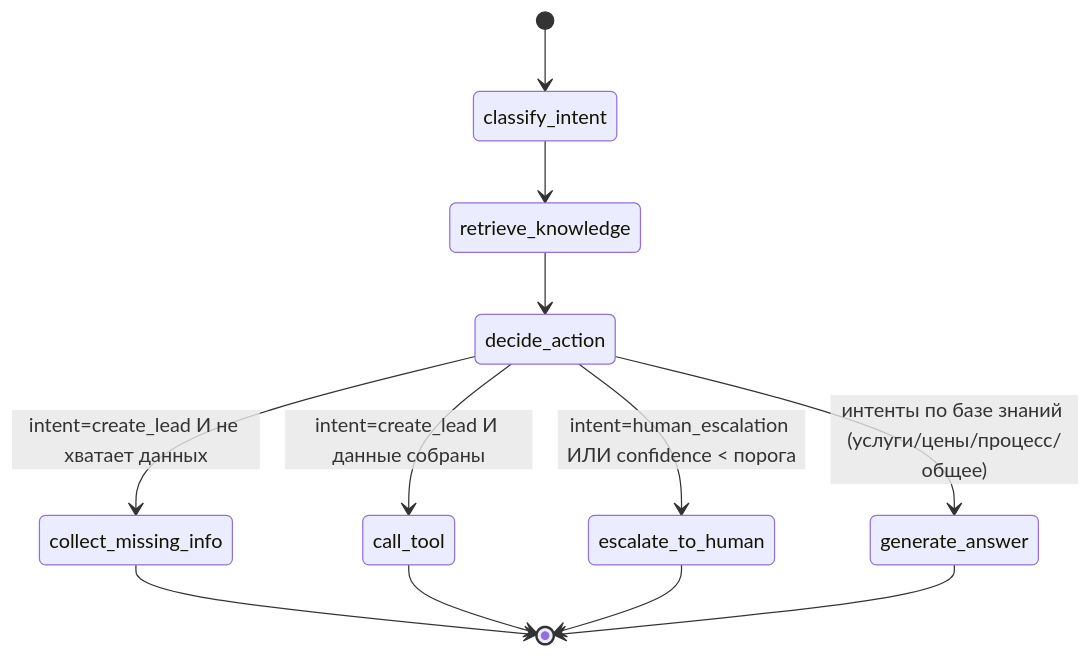
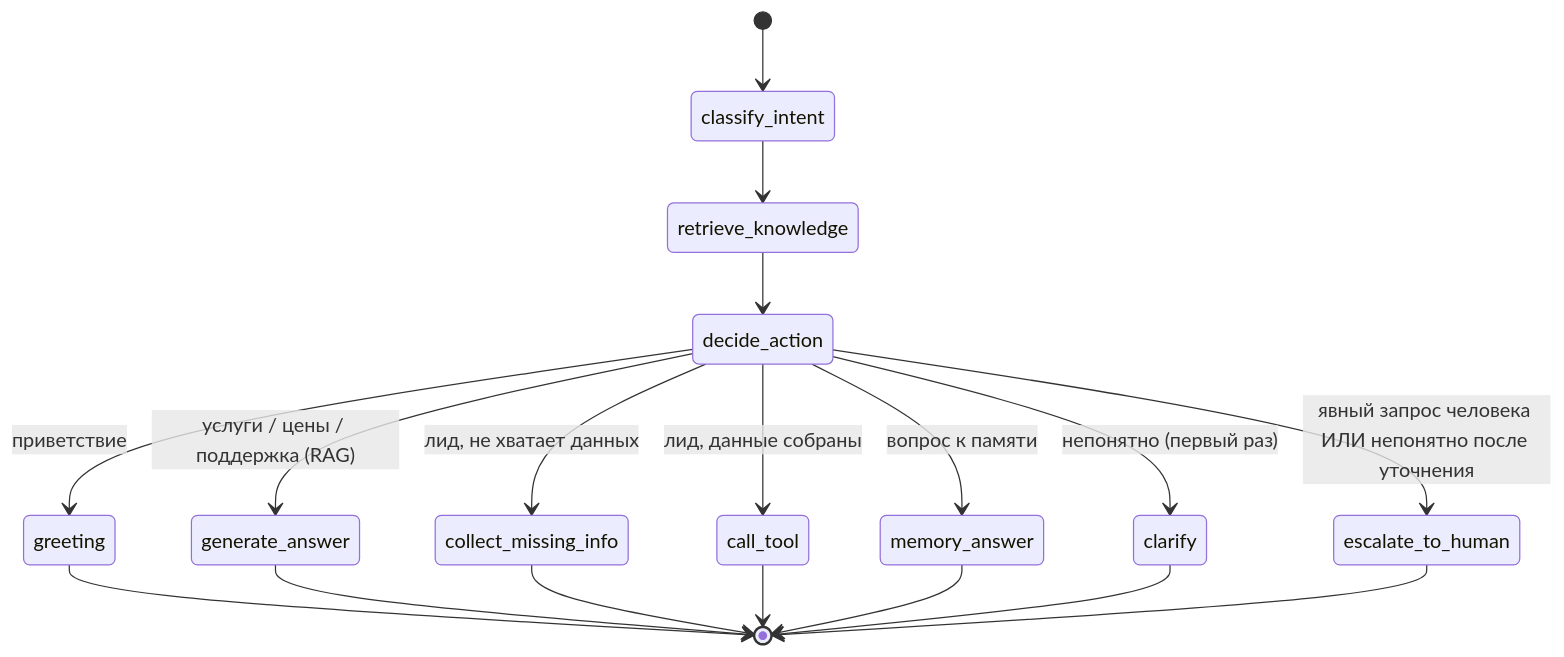
One commit to HullyMully/ai-marketing-agent-rag-langgraph changed the diagram in docs/langgraph-flow.ru.md. Above: the diagram before and after it, drawn with Mermaid. The commit also changed other lines of this file and 25 other files, not shown here.

Commit message:
Improve real agent conversation flow

````diff
--- a/docs/langgraph-flow.ru.md
+++ b/docs/langgraph-flow.ru.md
@@ -8,14 +8,20 @@
 ```mermaid
 stateDiagram-v2
     [*] --> classify_intent
     classify_intent --> retrieve_knowledge
     retrieve_knowledge --> decide_action
-    decide_action --> escalate_to_human: intent=human_escalation ИЛИ confidence < порога
-    decide_action --> collect_missing_info: intent=create_lead И не хватает данных
-    decide_action --> call_tool: intent=create_lead И данные собраны
-    decide_action --> generate_answer: интенты по базе знаний (услуги/цены/процесс/общее)
+    decide_action --> greeting: приветствие
+    decide_action --> generate_answer: услуги / цены / поддержка (RAG)
+    decide_action --> collect_missing_info: лид, не хватает данных
+    decide_action --> call_tool: лид, данные собраны
+    decide_action --> memory_answer: вопрос к памяти
+    decide_action --> clarify: непонятно (первый раз)
+    decide_action --> escalate_to_human: явный запрос человека ИЛИ непонятно после уточнения
+    greeting --> [*]
+    generate_answer --> [*]
     collect_missing_info --> [*]
     call_tool --> [*]
+    memory_answer --> [*]
+    clarify --> [*]
     escalate_to_human --> [*]
-    generate_answer --> [*]
 ```
````
